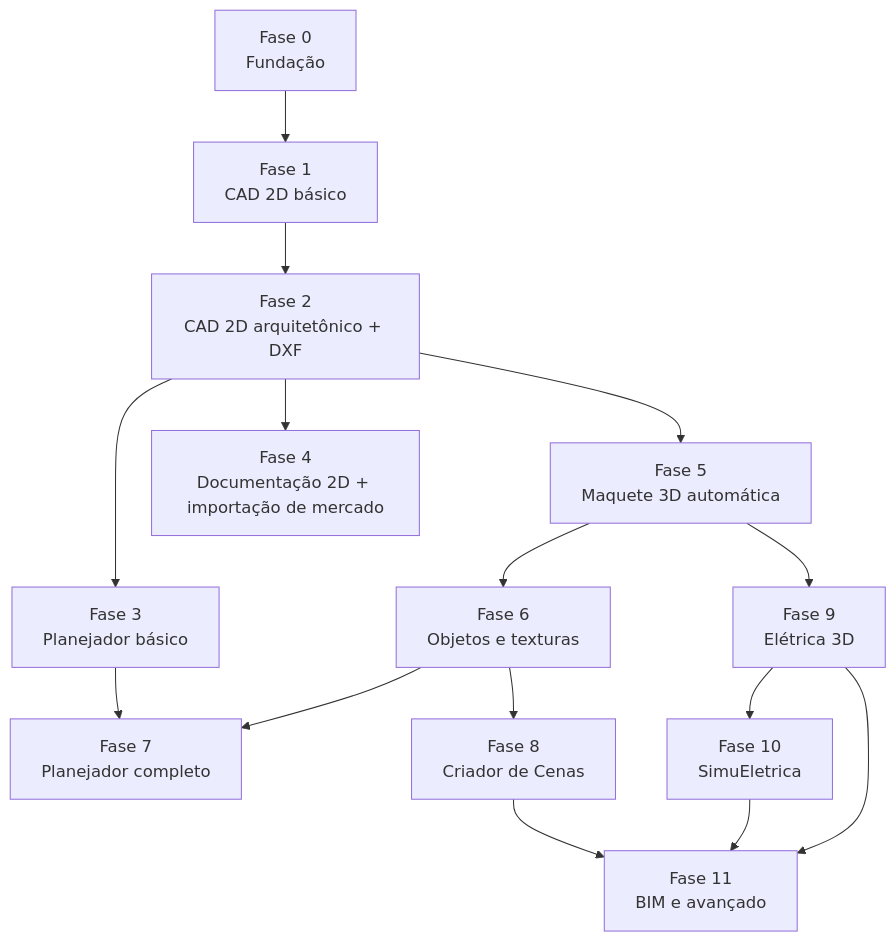
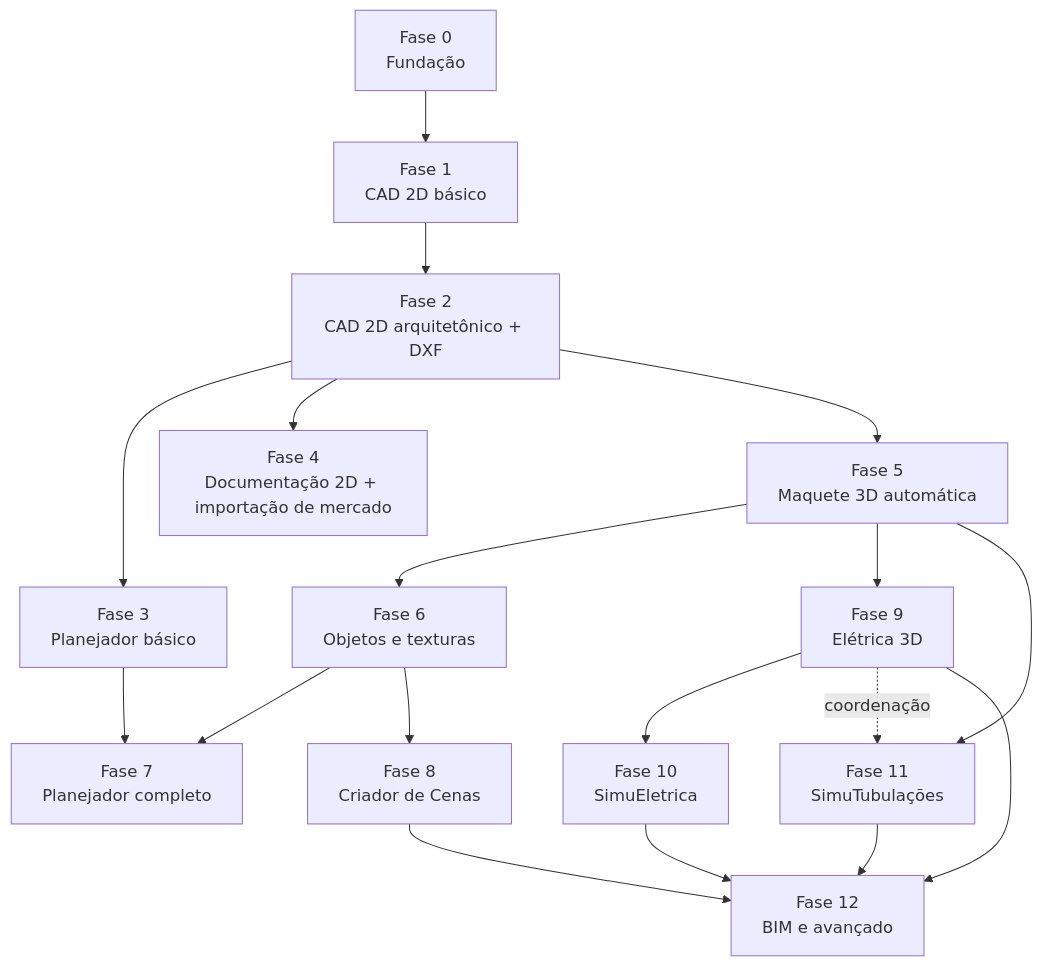
Before and after one commit to marcelomaurin/EngenhariaArquitetura: the diagram in docs/Plano_Desenvolvimento.md, drawn with Mermaid. The commit also changed other lines of this file and 13 other files, not shown here.

First line of the commit message:
Inclui o SimuTubulações na documentação

````diff
--- a/docs/Plano_Desenvolvimento.md
+++ b/docs/Plano_Desenvolvimento.md
@@ -13,17 +15,20 @@
 ```mermaid
 flowchart TB
     F0[Fase 0<br/>Fundação] --> F1[Fase 1<br/>CAD 2D básico]
     F1 --> F2[Fase 2<br/>CAD 2D arquitetônico + DXF]
     F2 --> F3[Fase 3<br/>Planejador básico]
     F2 --> F4[Fase 4<br/>Documentação 2D + importação de mercado]
     F2 --> F5[Fase 5<br/>Maquete 3D automática]
     F5 --> F6[Fase 6<br/>Objetos e texturas]
     F3 --> F7[Fase 7<br/>Planejador completo]
     F6 --> F7
     F6 --> F8[Fase 8<br/>Criador de Cenas]
     F5 --> F9[Fase 9<br/>Elétrica 3D]
     F9 --> F10[Fase 10<br/>SimuEletrica]
-    F9 --> F11[Fase 11<br/>BIM e avançado]
-    F8 --> F11
-    F10 --> F11
+    F5 --> F11[Fase 11<br/>SimuTubulações]
+    F9 -. coordenação .-> F11
+    F9 --> F12[Fase 12<br/>BIM e avançado]
+    F8 --> F12
+    F10 --> F12
+    F11 --> F12
 ```
````
